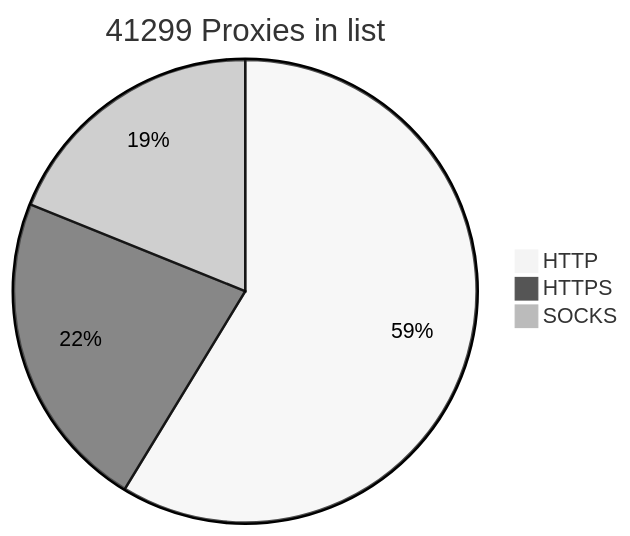
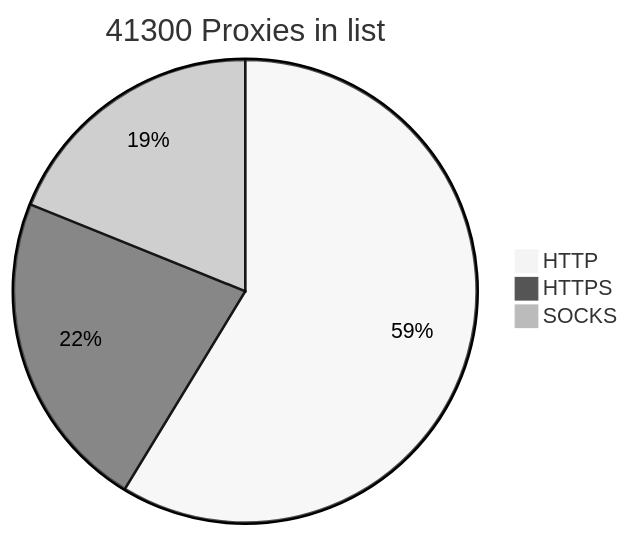
Before and after one commit to BlackSnowDot/proxylist-update-every-minute: the diagram in README.md, drawn with Mermaid (neutral theme).

````diff
--- a/README.md
+++ b/README.md
@@ -2,6 +2,6 @@
 ```mermaid
-pie title 41299 Proxies in list
+pie title 41300 Proxies in list
     "HTTP" : 28454
     "HTTPS": 10859
-    "SOCKS" : 9153
+    "SOCKS" : 9154
 ```
````
